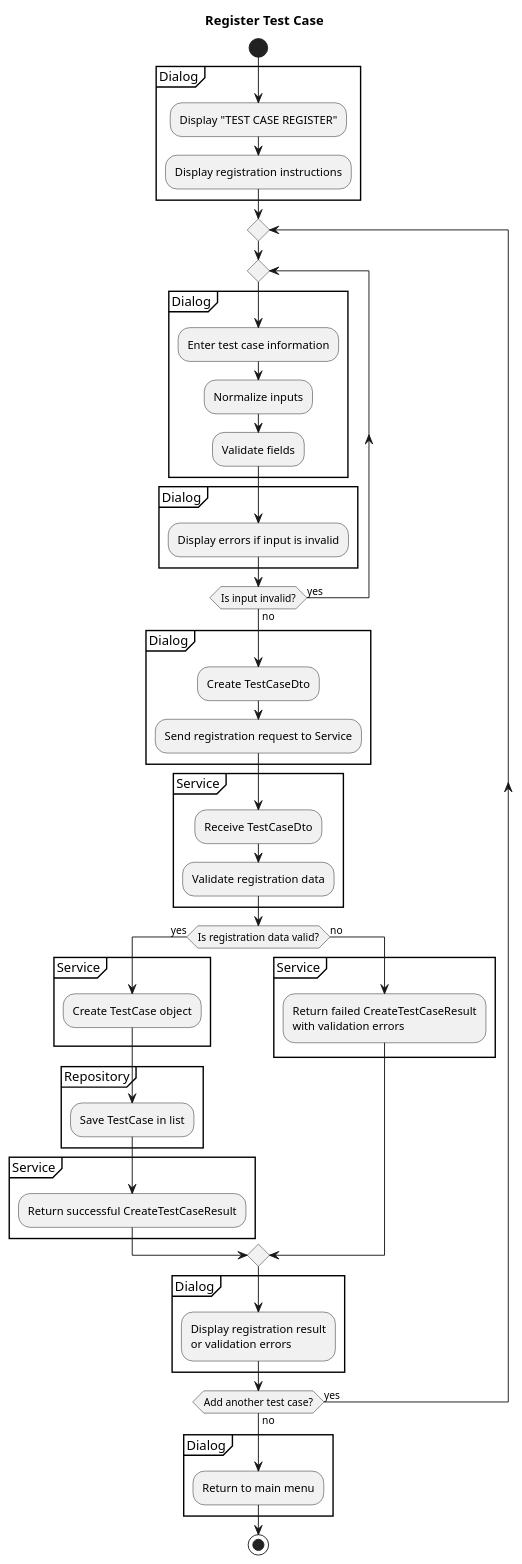
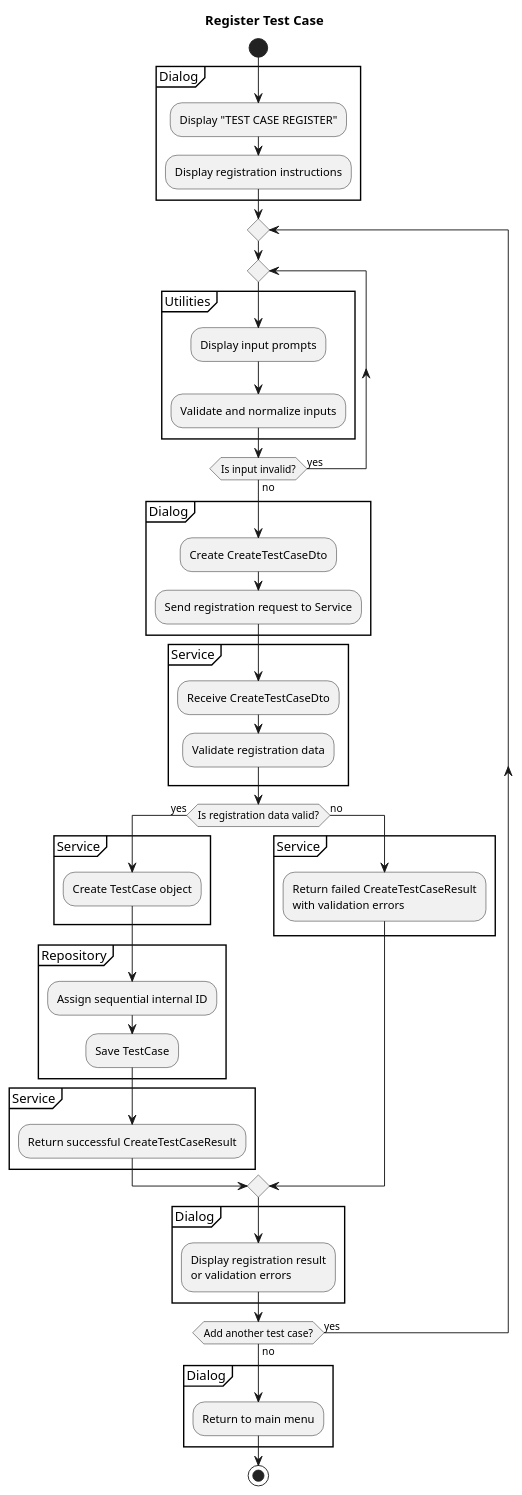
Before and after one commit to elhammmi/assignment1-diagrams: the diagram in activity-diagram.puml, drawn with PlantUML. The commit also changed 4 other files, not shown here.

Commit message:
complete the diagrams

```diff
--- a/activity-diagram.puml
+++ b/activity-diagram.puml
@@ -1,69 +2,62 @@
-@startuml
+@startuml add_test_case
 title Register Test Case
 
 start
 
 partition Dialog {
     :Display "TEST CASE REGISTER";
     :Display registration instructions;
 }
 
 repeat
 
     repeat
-        partition Dialog {
-            :Enter test case information;
-            :Normalize inputs;
-            :Validate fields;
+        
+        partition Utilities {
+            :Display input prompts;
+            :Validate and normalize inputs;
         }
-
-        partition Dialog {
-        :Display errors if input is invalid;
-    }
 
     repeat while (Is input invalid?) is (yes) not (no)
 
     partition Dialog {
-        :Create TestCaseDto;
+        :Create CreateTestCaseDto;
         :Send registration request to Service;
     }
 
     partition Service {
-        :Receive TestCaseDto;
+        :Receive CreateTestCaseDto;
         :Validate registration data;
     }
 
     if (Is registration data valid?) then (yes)
-
         partition Service {
             :Create TestCase object;
         }
 
         partition Repository {
-            :Save TestCase in list;
+            :Assign sequential internal ID;
+            :Save TestCase;
         }
 
         partition Service {
             :Return successful CreateTestCaseResult;
         }
-
     else (no)
-
         partition Service {
             :Return failed CreateTestCaseResult\nwith validation errors;
         }
-        
     endif
 
-partition Dialog {
-    :Display registration result\nor validation errors;
-}
+    partition Dialog {
+        :Display registration result\nor validation errors;
+    }
 
 repeat while (Add another test case?) is (yes) not (no)
 
 partition Dialog {
     :Return to main menu;
 }
 
 stop
 @enduml
```
